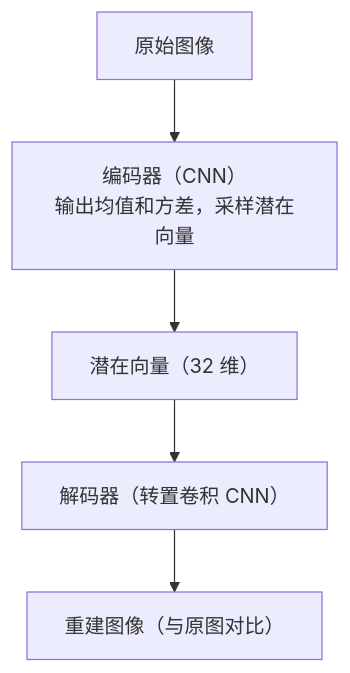
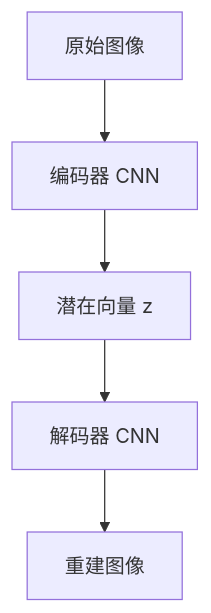
One commit to zhimin-z/learn-world-model changed the diagram in docs/zh/lectures/lecture-02-encode-and-dynamics/01-encoding.md. Above: the diagram before and after it, drawn with Mermaid. The commit also changed 9 other files, not shown here.

````diff
--- a/docs/zh/lectures/lecture-02-encode-and-dynamics/01-encoding.md
+++ b/docs/zh/lectures/lecture-02-encode-and-dynamics/01-encoding.md
@@ -32,7 +32,7 @@
 ```mermaid
 flowchart TD
-    A["原始图像"] --> B["编码器（CNN）\n输出均值和方差，采样潜在向量"]
-    B --> C["潜在向量（32 维）"]
-    C --> D["解码器（转置卷积 CNN）"]
-    D --> E["重建图像（与原图对比）"]
+    A[原始图像] --> B[编码器 CNN]
+    B --> C[潜在向量 z]
+    C --> D[解码器 CNN]
+    D --> E[重建图像]
 ```
````
